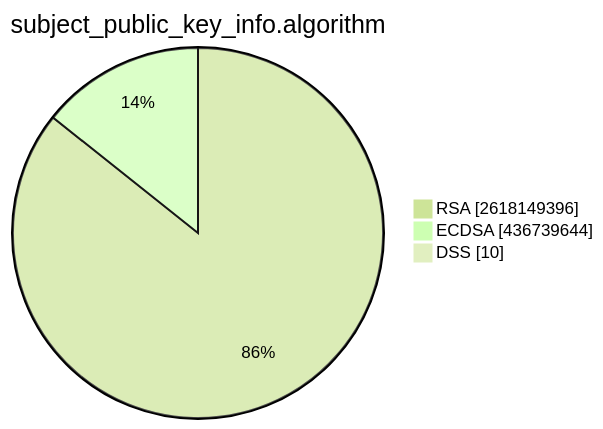
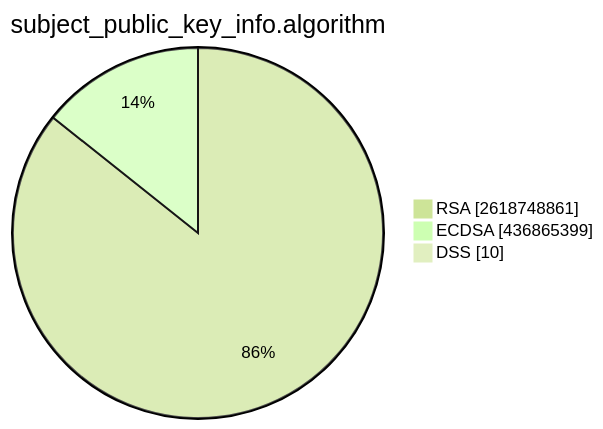
The second of 15 diagrams in TOTAL/README.md (christiankrug/ctmonitor_visualization), drawn with Mermaid (forest theme) before and after one commit. The commit also changed other lines of this file, not shown here.

````diff
--- a/TOTAL/README.md
+++ b/TOTAL/README.md
@@ -6,7 +6,7 @@
 ```mermaid
 pie showData
 title subject_public_key_info.algorithm
-"RSA" :2618149396
-"ECDSA" :436739644
+"RSA" :2618748861
+"ECDSA" :436865399
 "DSS" :10
 ```
````
